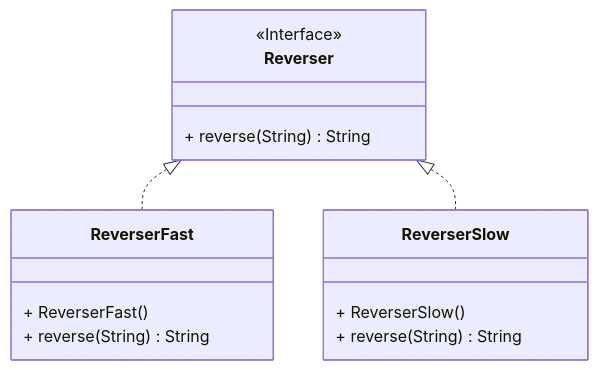
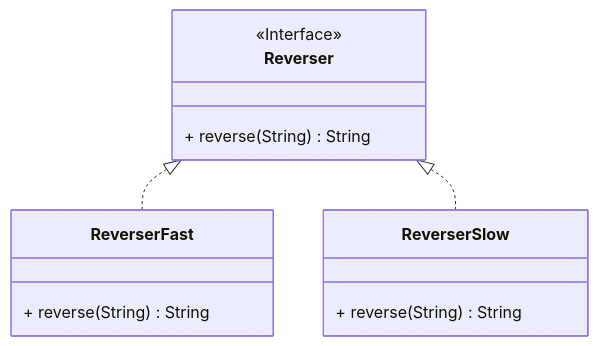
The eighth of 13 diagrams in src/main/java/com/nbicocchi/exercises/oop/README.md (nbicocchi/learn-java-core), drawn with Mermaid before and after one commit.

````diff
--- a/src/main/java/com/nbicocchi/exercises/oop/README.md
+++ b/src/main/java/com/nbicocchi/exercises/oop/README.md
@@ -262,19 +262,17 @@
 ```mermaid
 classDiagram
 direction BT
 class Reverser {
   <<Interface>>
   + reverse(String) String
 }
 class ReverserFast {
-  + ReverserFast() 
   + reverse(String) String
 }
 class ReverserSlow {
-  + ReverserSlow() 
   + reverse(String) String
 }
 
 ReverserFast  ..|>  Reverser 
 ReverserSlow  ..|>  Reverser 
 ```
````
